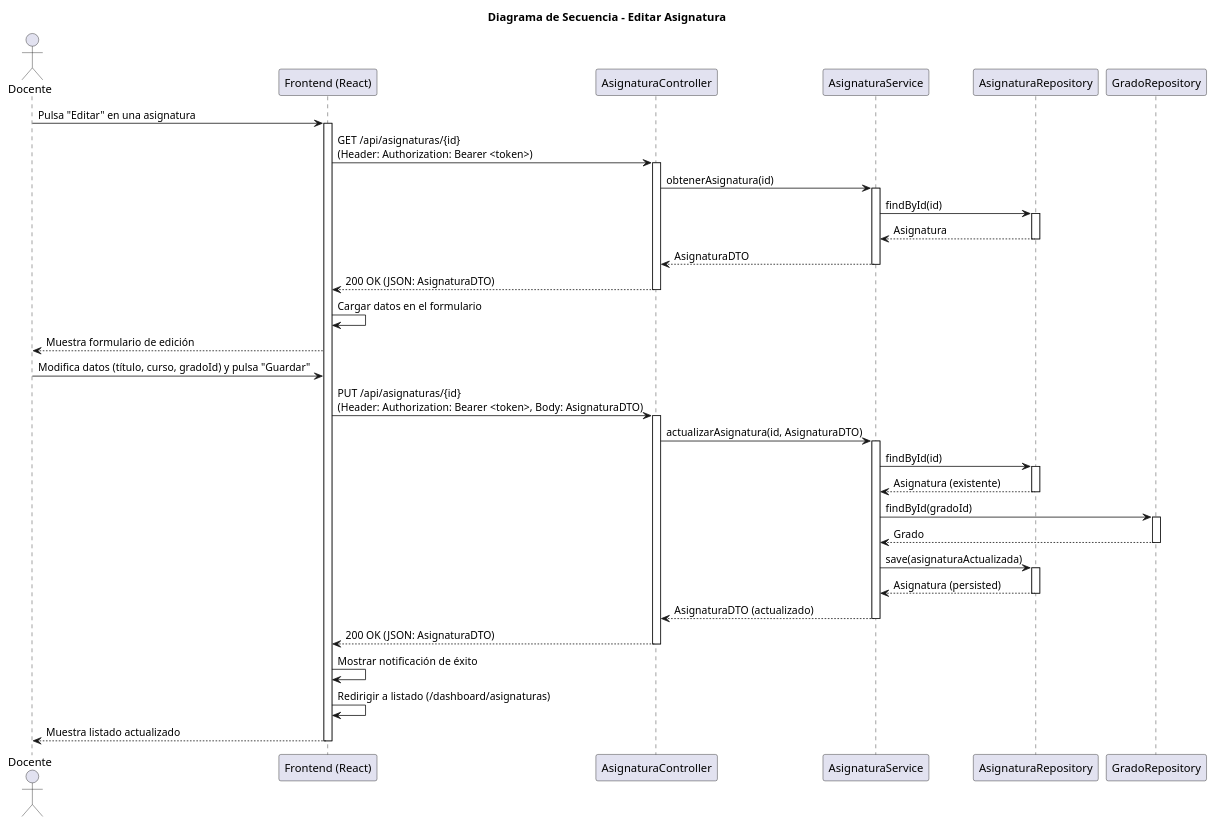
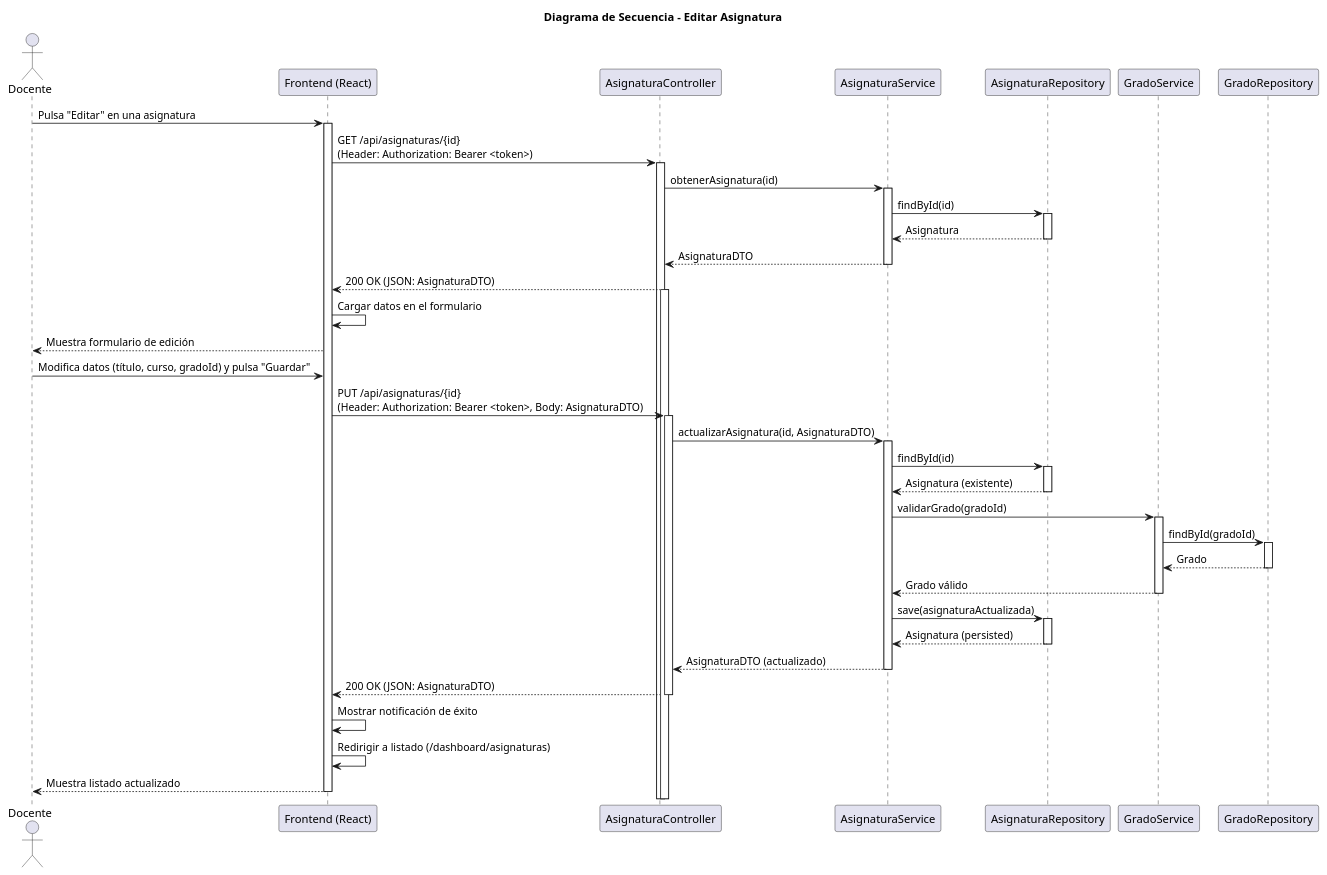
One commit to Pareyor/25-26-idsw2-sdVC changed the diagram in modelosUML/diseño/editarAsignatura/secuencia.puml. Above: the diagram before and after it, drawn with PlantUML. The commit also changed 7 other files, not shown here.

Commit message:
feat&fix: Acepta el diseño de eliminarPregunta y corrige crearAsignatura y editarAsignatura para añadir el paso por GradoService

```diff
--- a/modelosUML/diseño/editarAsignatura/secuencia.puml
+++ b/modelosUML/diseño/editarAsignatura/secuencia.puml
@@ -1,68 +1,73 @@
 @startuml
 title Diagrama de Secuencia - Editar Asignatura
 
 actor "Docente" as Actor
 participant "Frontend (React)" as FE
 participant "AsignaturaController" as Controller
 participant "AsignaturaService" as Service
 participant "AsignaturaRepository" as Repo
+participant "GradoService" as GradoService
 participant "GradoRepository" as GradoRepo
 
 Actor -> FE: Pulsa "Editar" en una asignatura
 activate FE
 
 FE -> Controller: GET /api/asignaturas/{id}\n(Header: Authorization: Bearer <token>)
 activate Controller
 
 Controller -> Service: obtenerAsignatura(id)
 activate Service
 
 Service -> Repo: findById(id)
 activate Repo
 Repo --> Service: Asignatura
 deactivate Repo
 
 Service --> Controller: AsignaturaDTO
 deactivate Service
 
 Controller --> FE: 200 OK (JSON: AsignaturaDTO)
-deactivate Controller
+activate Controller
 
 FE -> FE: Cargar datos en el formulario
 FE --> Actor: Muestra formulario de edición
 
 Actor -> FE: Modifica datos (título, curso, gradoId) y pulsa "Guardar"
 
 FE -> Controller: PUT /api/asignaturas/{id}\n(Header: Authorization: Bearer <token>, Body: AsignaturaDTO)
 activate Controller
 
 Controller -> Service: actualizarAsignatura(id, AsignaturaDTO)
 activate Service
 
 Service -> Repo: findById(id)
 activate Repo
 Repo --> Service: Asignatura (existente)
 deactivate Repo
 
-Service -> GradoRepo: findById(gradoId)
+Service -> GradoService: validarGrado(gradoId)
+activate GradoService
+GradoService -> GradoRepo: findById(gradoId)
 activate GradoRepo
-GradoRepo --> Service: Grado
+GradoRepo --> GradoService: Grado
 deactivate GradoRepo
+GradoService --> Service: Grado válido
+deactivate GradoService
 
 Service -> Repo: save(asignaturaActualizada)
 activate Repo
 Repo --> Service: Asignatura (persisted)
 deactivate Repo
 
 Service --> Controller: AsignaturaDTO (actualizado)
 deactivate Service
 
 Controller --> FE: 200 OK (JSON: AsignaturaDTO)
 deactivate Controller
 
 FE -> FE: Mostrar notificación de éxito
 FE -> FE: Redirigir a listado (/dashboard/asignaturas)
 FE --> Actor: Muestra listado actualizado
 deactivate FE
 
 @enduml
```
